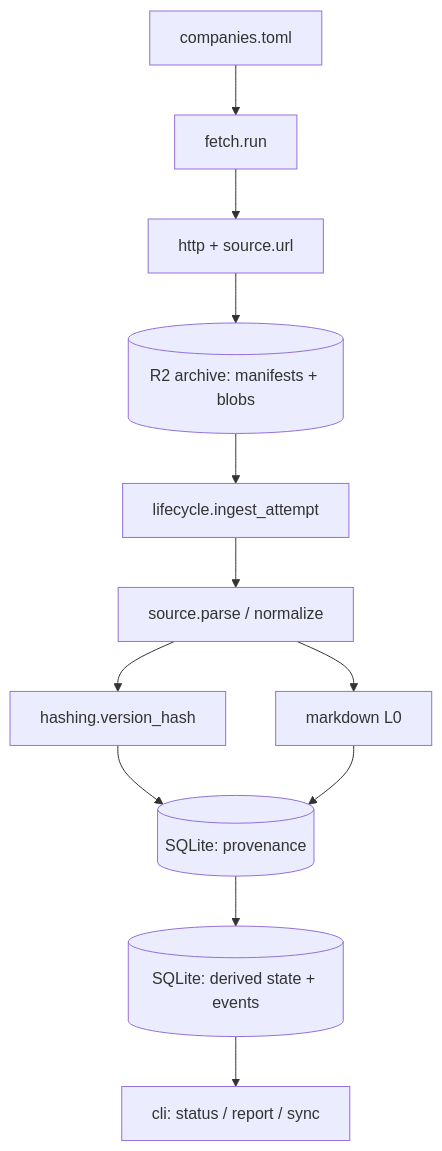
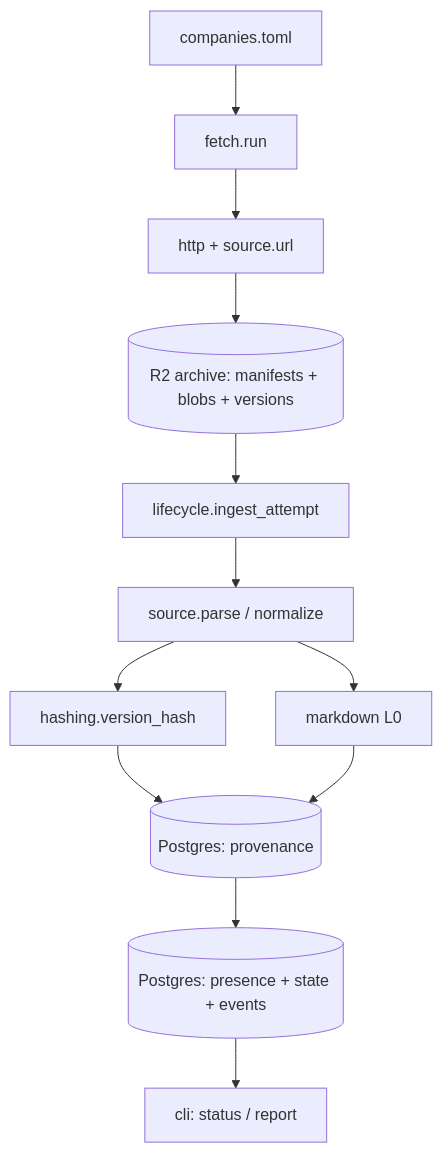
One commit to SeanoChang/job-hunter changed the first of 2 diagrams in docs/2026-08-18-ingestion-layer-spec.md. Above: the diagram before and after it, drawn with Mermaid. The commit also changed other lines of this file and 1 other file, not shown here.

First line of the commit message:
Amend ingestion spec: hosted corpus, Postgres on Neon, presence intervals

````diff
--- a/docs/2026-08-18-ingestion-layer-spec.md
+++ b/docs/2026-08-18-ingestion-layer-spec.md
@@ -76,14 +91,14 @@
 ```mermaid
 graph TD
   R[companies.toml] --> F[fetch.run]
   F --> H[http + source.url]
-  H --> A[(R2 archive: manifests + blobs)]
+  H --> A[(R2 archive: manifests + blobs + versions)]
   A --> I[lifecycle.ingest_attempt]
   I --> P[source.parse / normalize]
   P --> V[hashing.version_hash]
   P --> M[markdown L0]
-  V --> S[(SQLite: provenance)]
+  V --> S[(Postgres: provenance)]
   M --> S
-  S --> D[(SQLite: derived state + events)]
-  D --> C[cli: status / report / sync]
+  S --> D[(Postgres: presence + state + events)]
+  D --> C[cli: status / report]
 ```
````
